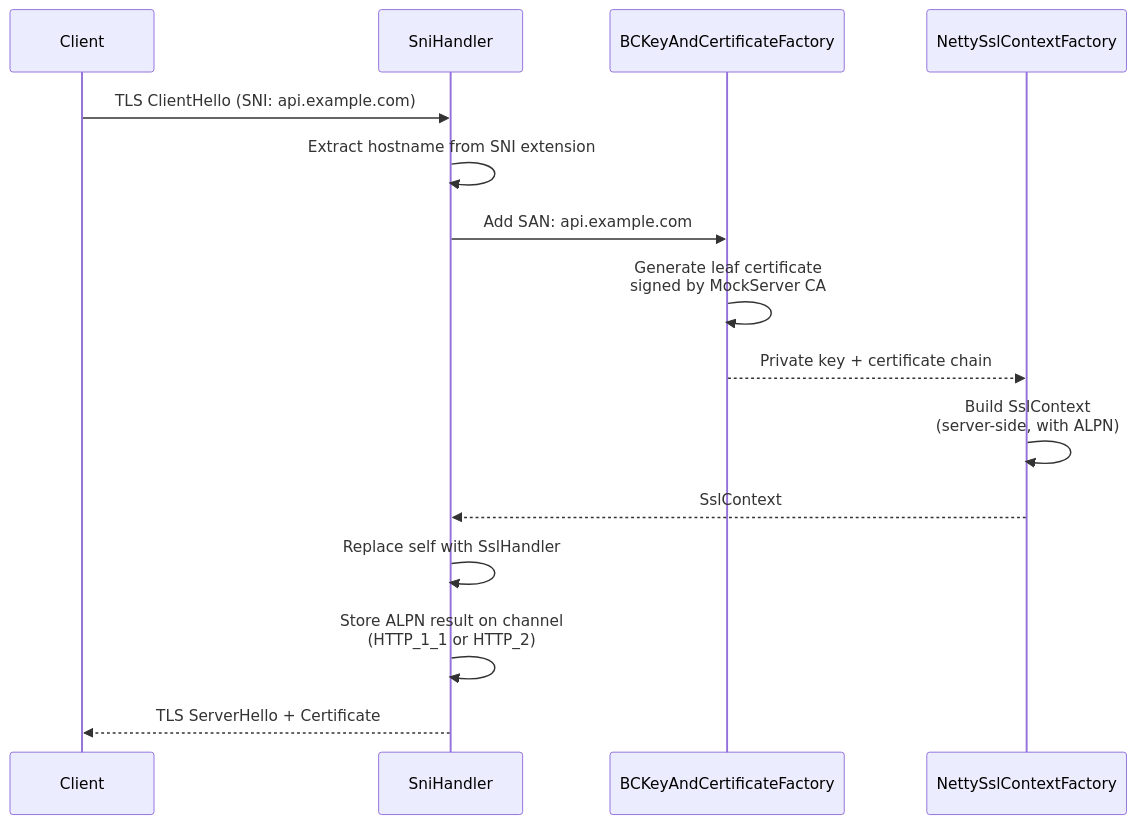
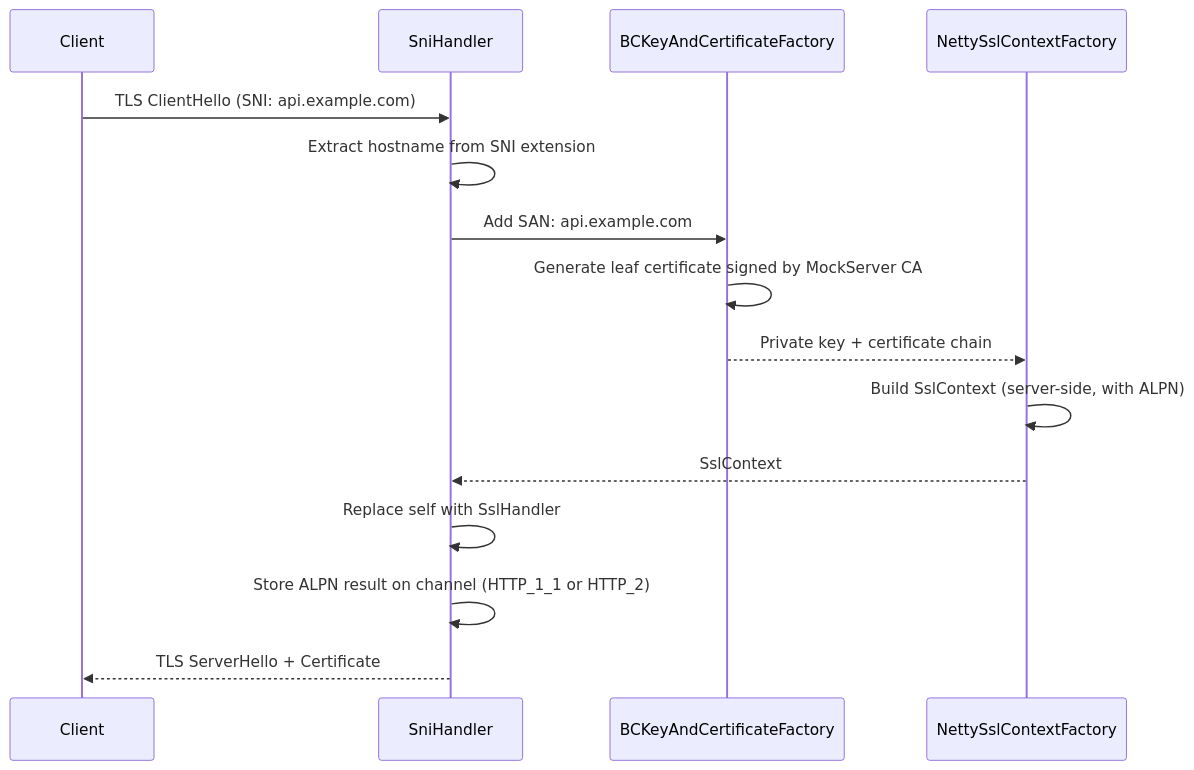
One commit to mock-server/mockserver changed the second of 3 diagrams in docs/code/tls-and-security.md. Above: the diagram before and after it, drawn with Mermaid. The commit also changed other lines of this file and 21 other files, not shown here.

First line of the commit message:
fix(docs): remove HTML tags from Mermaid diagrams to fix GitHub rendering

````diff
--- a/docs/code/tls-and-security.md
+++ b/docs/code/tls-and-security.md
@@ -35,18 +41,18 @@
 ```mermaid
 sequenceDiagram
     participant C as Client
     participant SNI as SniHandler
     participant BCF as BCKeyAndCertificateFactory
     participant NSCF as NettySslContextFactory
 
     C->>SNI: TLS ClientHello (SNI: api.example.com)
     SNI->>SNI: Extract hostname from SNI extension
     SNI->>BCF: Add SAN: api.example.com
-    BCF->>BCF: Generate leaf certificate<br/>signed by MockServer CA
+    BCF->>BCF: Generate leaf certificate signed by MockServer CA
     BCF-->>NSCF: Private key + certificate chain
-    NSCF->>NSCF: Build SslContext<br/>(server-side, with ALPN)
+    NSCF->>NSCF: Build SslContext (server-side, with ALPN)
     NSCF-->>SNI: SslContext
     SNI->>SNI: Replace self with SslHandler
-    SNI->>SNI: Store ALPN result on channel<br/>(HTTP_1_1 or HTTP_2)
+    SNI->>SNI: Store ALPN result on channel (HTTP_1_1 or HTTP_2)
     SNI-->>C: TLS ServerHello + Certificate
 ```
````
